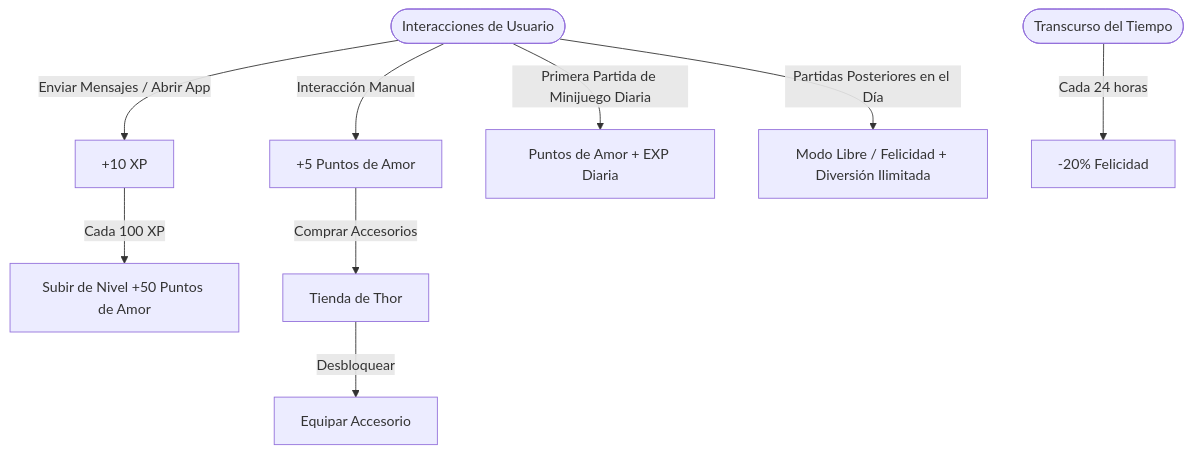
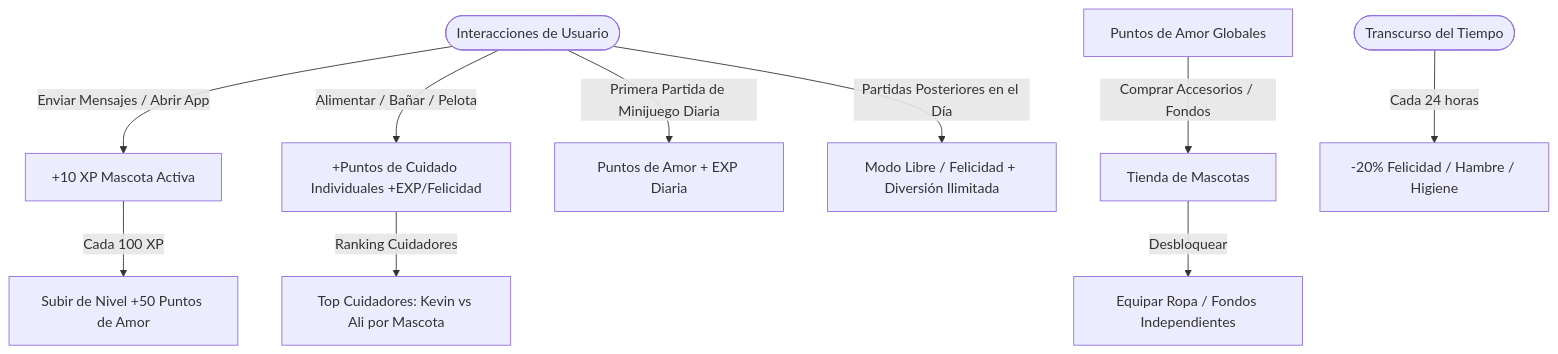
The diagram in contexto.md (KevshuppD/Diario_alikevin), drawn with Mermaid before and after one commit. The commit also changed other lines of this file and 11 other files, not shown here.

Commit message:
fix: reparacion del ranking

````diff
--- a/contexto.md
+++ b/contexto.md
@@ -165,11 +177,12 @@
 ```mermaid
 graph TD
-    User([Interacciones de Usuario]) -->|Enviar Mensajes / Abrir App| XP[+10 XP]
-    User -->|Interacción Manual| LP[+5 Puntos de Amor]
+    User([Interacciones de Usuario]) -->|Enviar Mensajes / Abrir App| XP[+10 XP Mascota Activa]
+    User -->|Alimentar / Bañar / Pelota| Care[+Puntos de Cuidado Individuales +EXP/Felicidad]
     User -->|Primera Partida de Minijuego Diaria| MiniReward[Puntos de Amor + EXP Diaria]
     User -->|Partidas Posteriores en el Día| FreePlay[Modo Libre / Felicidad + Diversión Ilimitada]
     XP -->|Cada 100 XP| LevelUp[Subir de Nivel +50 Puntos de Amor]
-    LP -->|Comprar Accesorios| Shop[Tienda de Thor]
-    Shop -->|Desbloquear| Equip[Equipar Accesorio]
-    Time([Transcurso del Tiempo]) -->|Cada 24 horas| Decay[-20% Felicidad]
+    Care -->|Ranking Cuidadores| Rank[Top Cuidadores: Kevin vs Ali por Mascota]
+    LP[Puntos de Amor Globales] -->|Comprar Accesorios / Fondos| Shop[Tienda de Mascotas]
+    Shop -->|Desbloquear| Equip[Equipar Ropa / Fondos Independientes]
+    Time([Transcurso del Tiempo]) -->|Cada 24 horas| Decay[-20% Felicidad / Hambre / Higiene]
 ```
````
